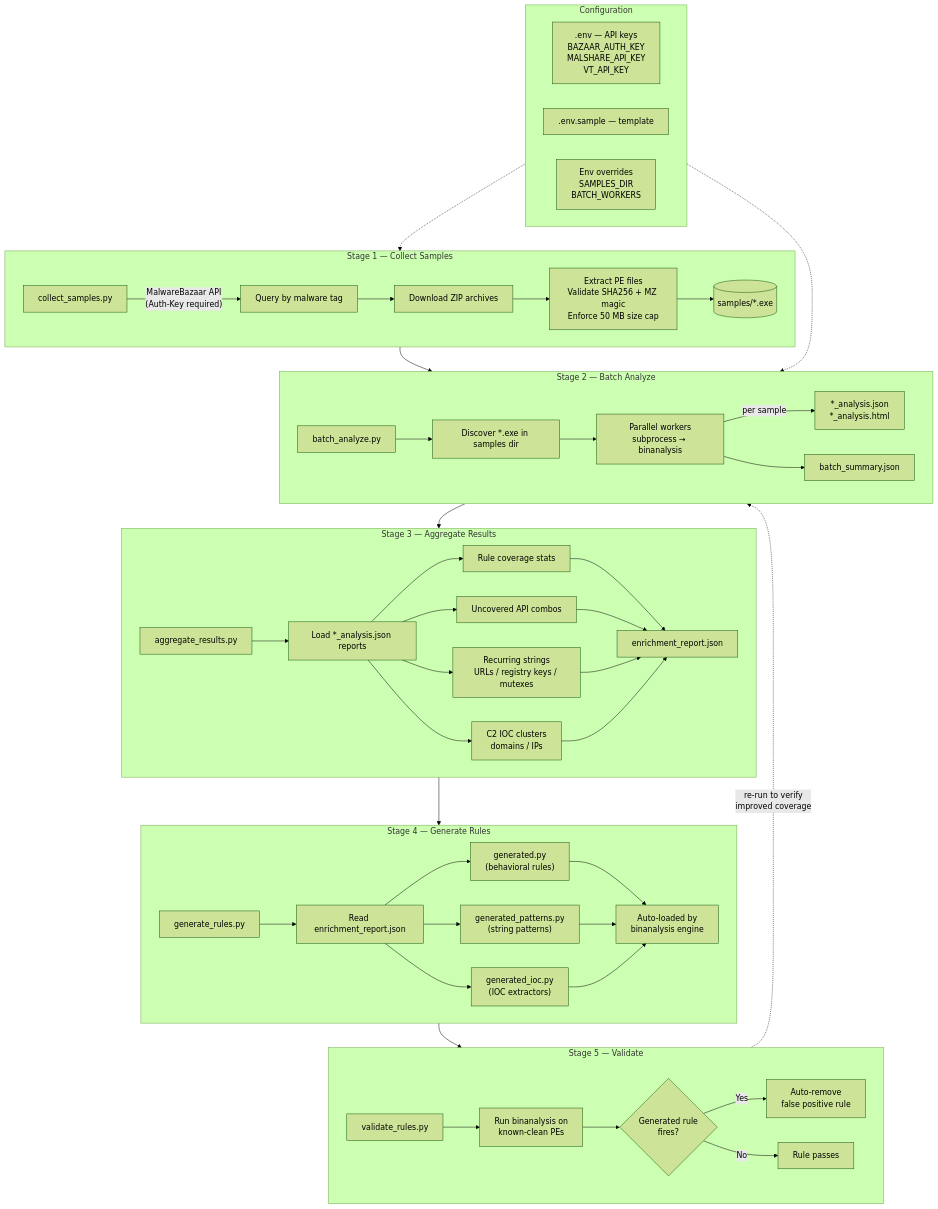
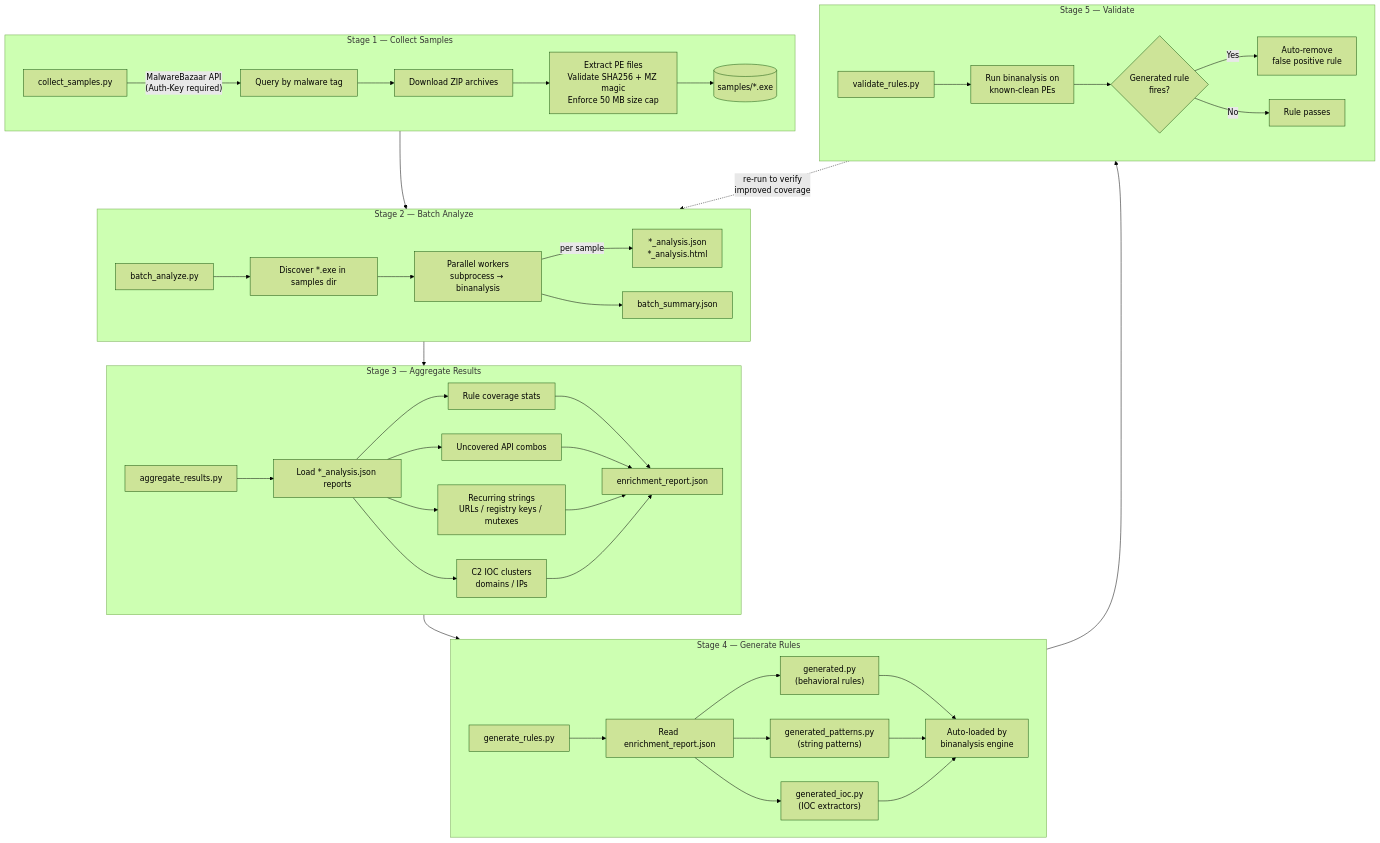
One commit to VisionSecurityLabs/binary-analysis-toolkit changed the diagram in pipeline/README.md. Above: the diagram before and after it, drawn with Mermaid (forest theme). The commit also changed other lines of this file and 2 other files, not shown here.

````diff
--- a/pipeline/README.md
+++ b/pipeline/README.md
@@ -5,52 +5,43 @@
 ```mermaid
 flowchart TD
     subgraph Stage1["Stage 1 — Collect Samples"]
         A1[collect_samples.py] -->|"MalwareBazaar API\n(Auth-Key required)"| A2[Query by malware tag]
         A2 --> A3[Download ZIP archives]
         A3 --> A4[Extract PE files\nValidate SHA256 + MZ magic\nEnforce 50 MB size cap]
         A4 --> A5[("samples/*.exe")]
     end
 
     subgraph Stage2["Stage 2 — Batch Analyze"]
         B1[batch_analyze.py] --> B2[Discover *.exe in samples dir]
         B2 --> B3[Parallel workers\nsubprocess → binanalysis]
         B3 -->|per sample| B4["*_analysis.json\n*_analysis.html"]
         B3 --> B5[batch_summary.json]
     end
 
     subgraph Stage3["Stage 3 — Aggregate Results"]
         C1[aggregate_results.py] --> C2[Load *_analysis.json reports]
         C2 --> C3[Rule coverage stats]
         C2 --> C4[Uncovered API combos]
         C2 --> C5[Recurring strings\nURLs / registry keys / mutexes]
         C2 --> C6[C2 IOC clusters\ndomains / IPs]
         C3 & C4 & C5 & C6 --> C7[enrichment_report.json]
     end
 
     subgraph Stage4["Stage 4 — Generate Rules"]
         D1[generate_rules.py] --> D2[Read enrichment_report.json]
         D2 --> D3["generated.py\n(behavioral rules)"]
         D2 --> D4["generated_patterns.py\n(string patterns)"]
         D2 --> D5["generated_ioc.py\n(IOC extractors)"]
         D3 & D4 & D5 --> D6[Auto-loaded by\nbinanalysis engine]
     end
 
     subgraph Stage5["Stage 5 — Validate"]
         F1[validate_rules.py] --> F2[Run binanalysis on\nknown-clean PEs]
         F2 --> F3{Generated rule\nfires?}
         F3 -->|Yes| F4[Auto-remove\nfalse positive rule]
         F3 -->|No| F5[Rule passes]
     end
 
     Stage1 --> Stage2 --> Stage3 --> Stage4 --> Stage5
     Stage5 -.->|"re-run to verify\nimproved coverage"| Stage2
-
-    subgraph Config["Configuration"]
-        E1[".env — API keys\nBAZAAR_AUTH_KEY\nMALSHARE_API_KEY\nVT_API_KEY"]
-        E2[".env.sample — template"]
-        E3["Env overrides\nSAMPLES_DIR\nBATCH_WORKERS"]
-    end
-
-    Config -.-> Stage1
-    Config -.-> Stage2
 ```
````
